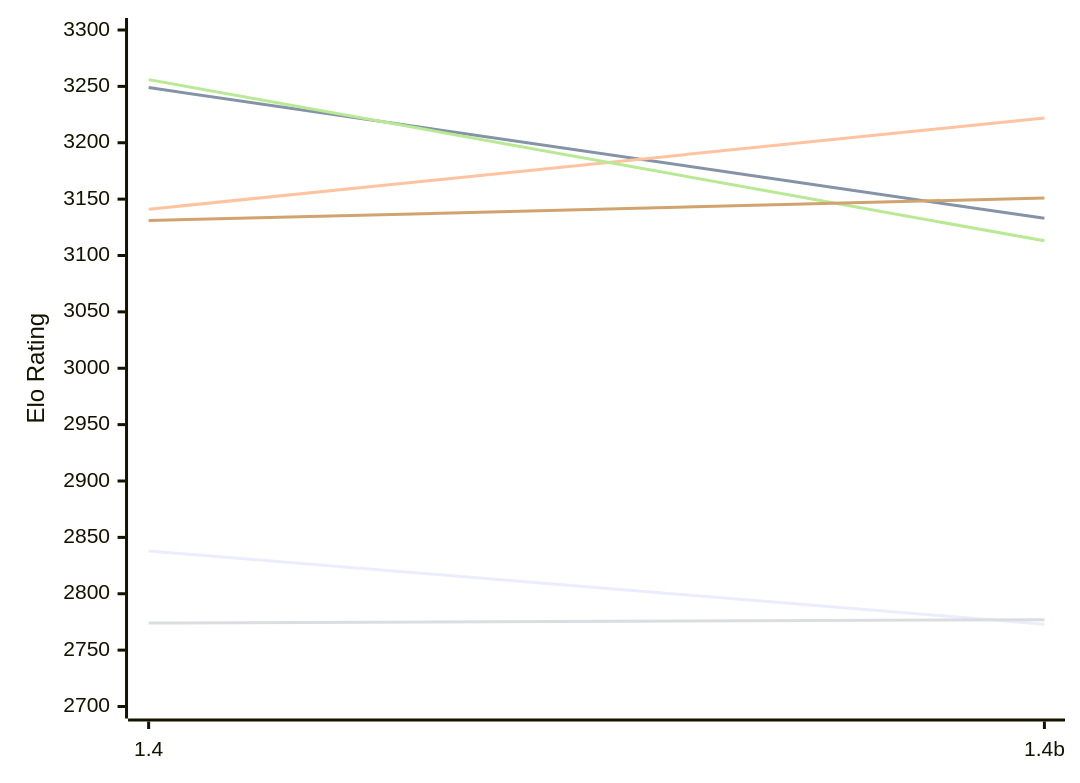
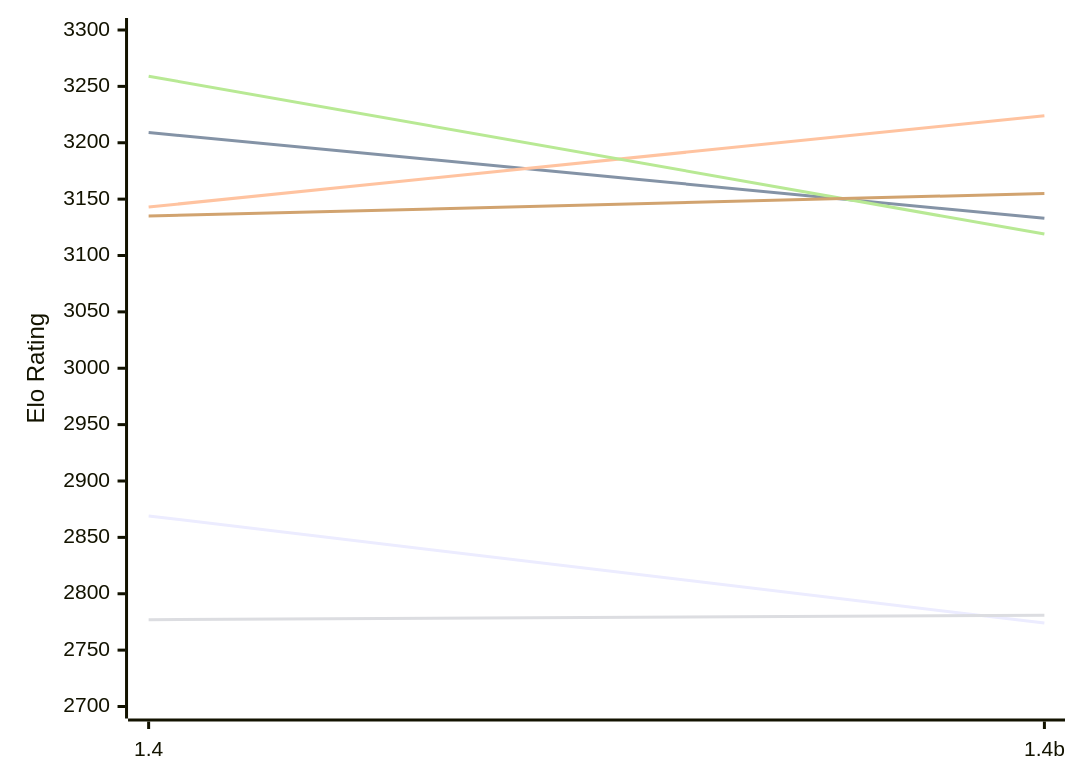
One commit to computer-chess-index/cci changed the first of 2 diagrams in engines/Chessnix.md. Above: the diagram before and after it, drawn with Mermaid. The commit also changed other lines of this file, not shown here.

Commit message:
Update CCI Ratings (ELO VLTC) - 2026-11-24

````diff
--- a/engines/Chessnix.md
+++ b/engines/Chessnix.md
@@ -52,12 +52,12 @@
 ```mermaid
 %%{init: {"theme":"base","themeVariables":{"seriesColors:['#a3a3a3','#222221','#faa371']}}}%%
 xychart-beta
   x-axis ["1.4", "1.4b"]
   y-axis "Elo Rating" 2700 --> 3300
-  line "E1: STC (8.0+0.08s)" [2838, 2773]
-  line "E1: LTC (60.0+0.60s)" [3249, 3133]
-  line "E1: VLTC (2m24s+1.12s)" [3141, 3222]
-  line "P1: STC (8.0+0.08s)" [2774, 2777]
-  line "P1: LTC (60.0+0.60s)" [3256, 3113]
-  line "P1: VLTC (2m24s+1.12s)" [3131, 3151]
+  line "E1: STC (8.0+0.08s)" [2869, 2774]
+  line "E1: LTC (60.0+0.60s)" [3209, 3133]
+  line "E1: VLTC (2m24s+1.12s)" [3143, 3224]
+  line "P1: STC (8.0+0.08s)" [2777, 2781]
+  line "P1: LTC (60.0+0.60s)" [3259, 3119]
+  line "P1: VLTC (2m24s+1.12s)" [3135, 3155]
 ```
````
